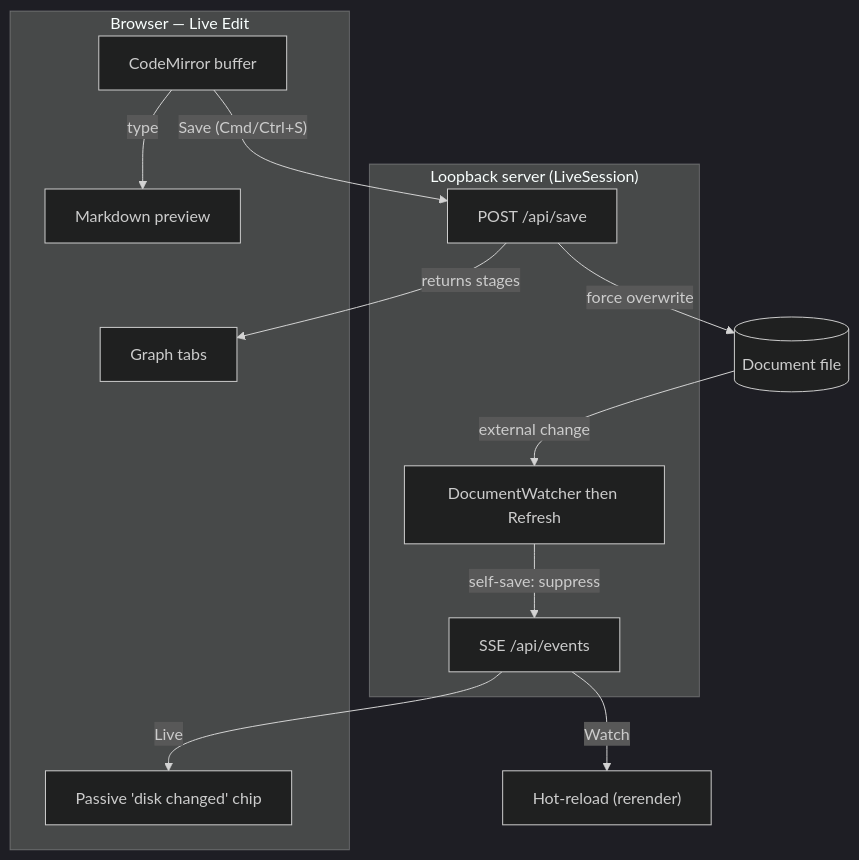
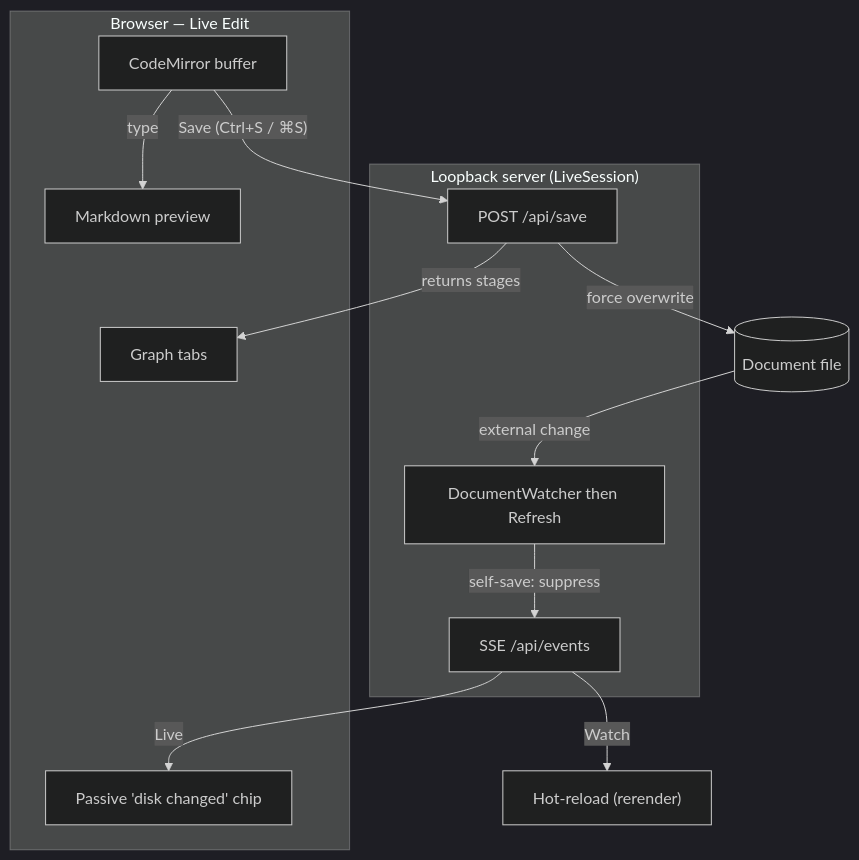
One commit to pengzhengyi/godot-dialoguedown changed the diagram in docs/Implementation Notes/Live Visualization - Live Edit.md. Above: the diagram before and after it, drawn with Mermaid (dark theme). The commit also changed other lines of this file and 6 other files, not shown here.

````diff
--- a/docs/Implementation Notes/Live Visualization - Live Edit.md
+++ b/docs/Implementation Notes/Live Visualization - Live Edit.md
@@ -104,26 +107,26 @@
 ```mermaid
 flowchart TB
     file[("Document file")]
 
     subgraph browser["Browser — Live Edit"]
         buffer["CodeMirror buffer"]
         preview["Markdown preview"]
         graphs["Graph tabs"]
         chip["Passive 'disk changed' chip"]
     end
 
     subgraph server["Loopback server (LiveSession)"]
         save["POST /api/save"]
         refresh["DocumentWatcher then Refresh"]
         sse["SSE /api/events"]
     end
 
     buffer -->|type| preview
-    buffer -->|"Save (Cmd/Ctrl+S)"| save
+    buffer -->|"Save (Ctrl+S / ⌘S)"| save
     save -->|force overwrite| file
     save -->|returns stages| graphs
     file -->|external change| refresh
     refresh -->|"self-save: suppress"| sse
     sse -->|Live| chip
     sse -->|Watch| reload["Hot-reload (rerender)"]
 ```
````
